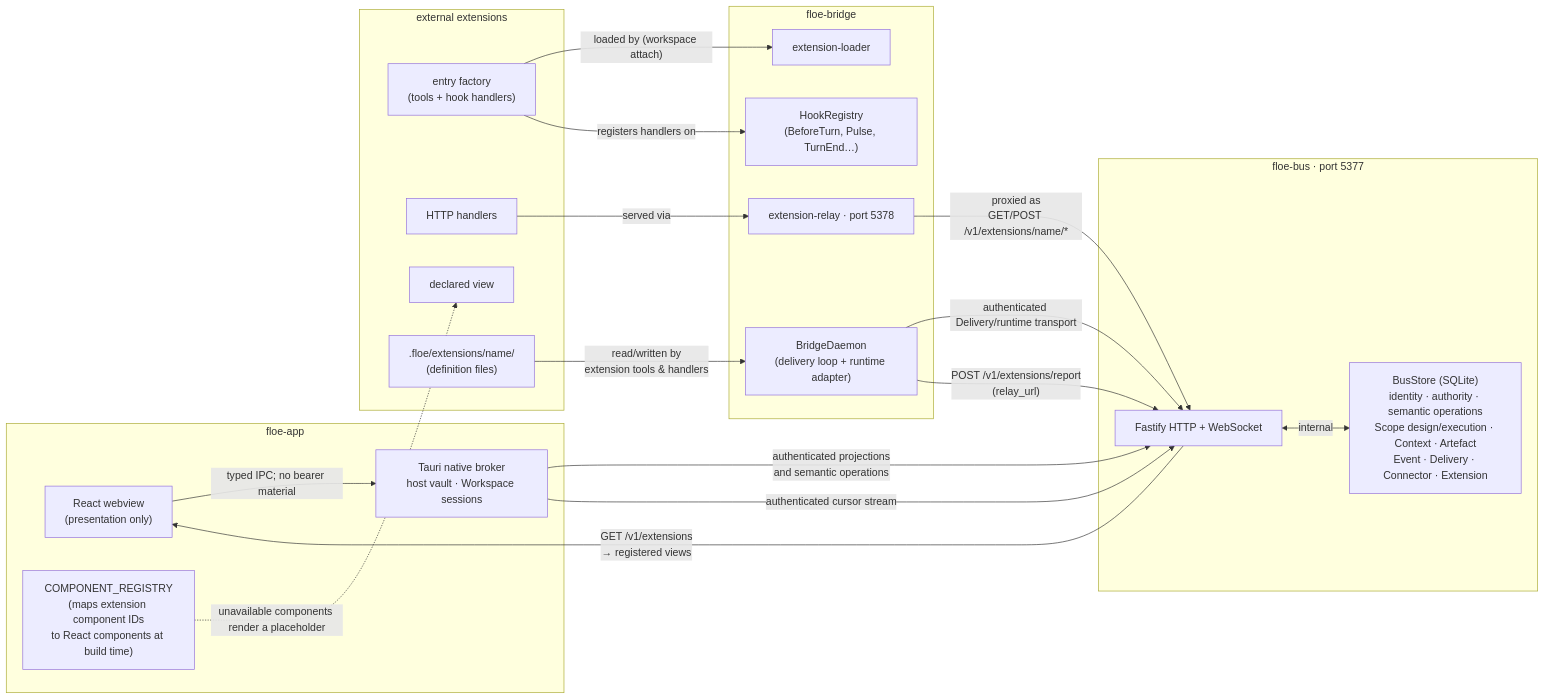
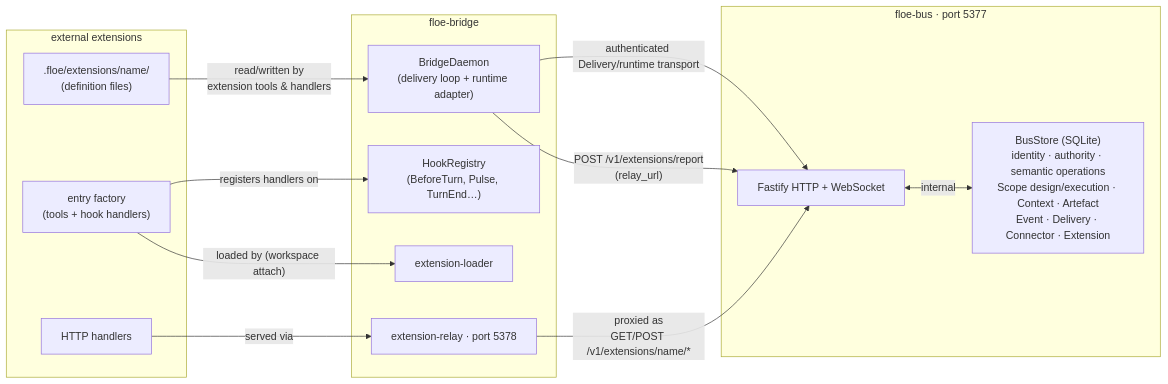
Before and after one commit to floe-ai/floe-substrate: the first of 7 diagrams in docs/architecture/overview.md, drawn with Mermaid. The commit also changed other lines of this file and 22 other files, not shown here.

````diff
--- a/docs/architecture/overview.md
+++ b/docs/architecture/overview.md
@@ -37,44 +37,31 @@
 ```mermaid
 graph LR
-    subgraph APP["floe-app"]
-        UI["React webview\n(presentation only)"]
-        NATIVE["Tauri native broker\nhost vault · Workspace sessions"]
-        CREG["COMPONENT_REGISTRY\n(maps extension component IDs\nto React components at build time)"]
-    end
-
     subgraph BUS["floe-bus · port 5377"]
         BHTTP["Fastify HTTP + WebSocket"]
         BSTORE["BusStore (SQLite)\nidentity · authority · semantic operations\nScope design/execution · Context · Artefact\nEvent · Delivery · Connector · Extension"]
         BHTTP <-->|"internal"| BSTORE
     end
 
     subgraph BRIDGE["floe-bridge"]
         DAEMON["BridgeDaemon\n(delivery loop + runtime adapter)"]
         HOOKS["HookRegistry\n(BeforeTurn, Pulse, TurnEnd…)"]
         LOADER["extension-loader"]
         RELAY["extension-relay · port 5378"]
     end
 
     subgraph EXTS["external extensions"]
         ENTRY["entry factory\n(tools + hook handlers)"]
         EHTTP["HTTP handlers"]
-        EVIEW["declared view"]
         EFILES[".floe/extensions/name/\n(definition files)"]
     end
-
-    UI -->|"typed IPC; no bearer material"| NATIVE
-    NATIVE -->|"authenticated projections\nand semantic operations"| BHTTP
-    NATIVE -->|"authenticated cursor stream"| BHTTP
-    BHTTP -->|"GET /v1/extensions\n→ registered views"| UI
-    CREG -.->|"unavailable components render a placeholder"| EVIEW
 
     DAEMON -->|"authenticated Delivery/runtime transport"| BHTTP
     DAEMON -->|"POST /v1/extensions/report\n(relay_url)"| BHTTP
 
     ENTRY -->|"loaded by (workspace attach)"| LOADER
     ENTRY -->|"registers handlers on"| HOOKS
     EHTTP -->|"served via"| RELAY
     RELAY -->|"proxied as\nGET/POST /v1/extensions/name/*"| BHTTP
 
     EFILES -->|"read/written by\nextension tools & handlers"| DAEMON
 ```
````
